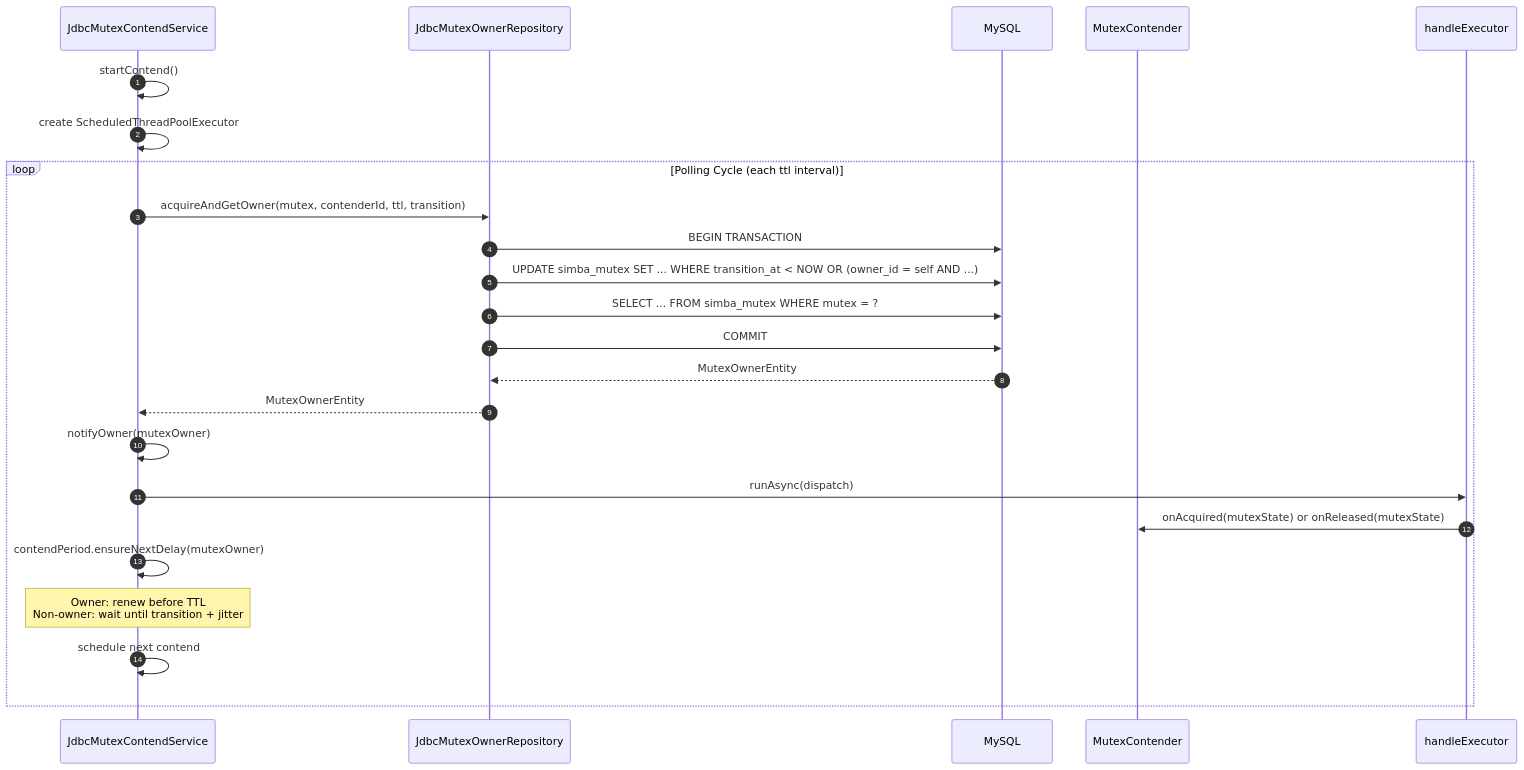
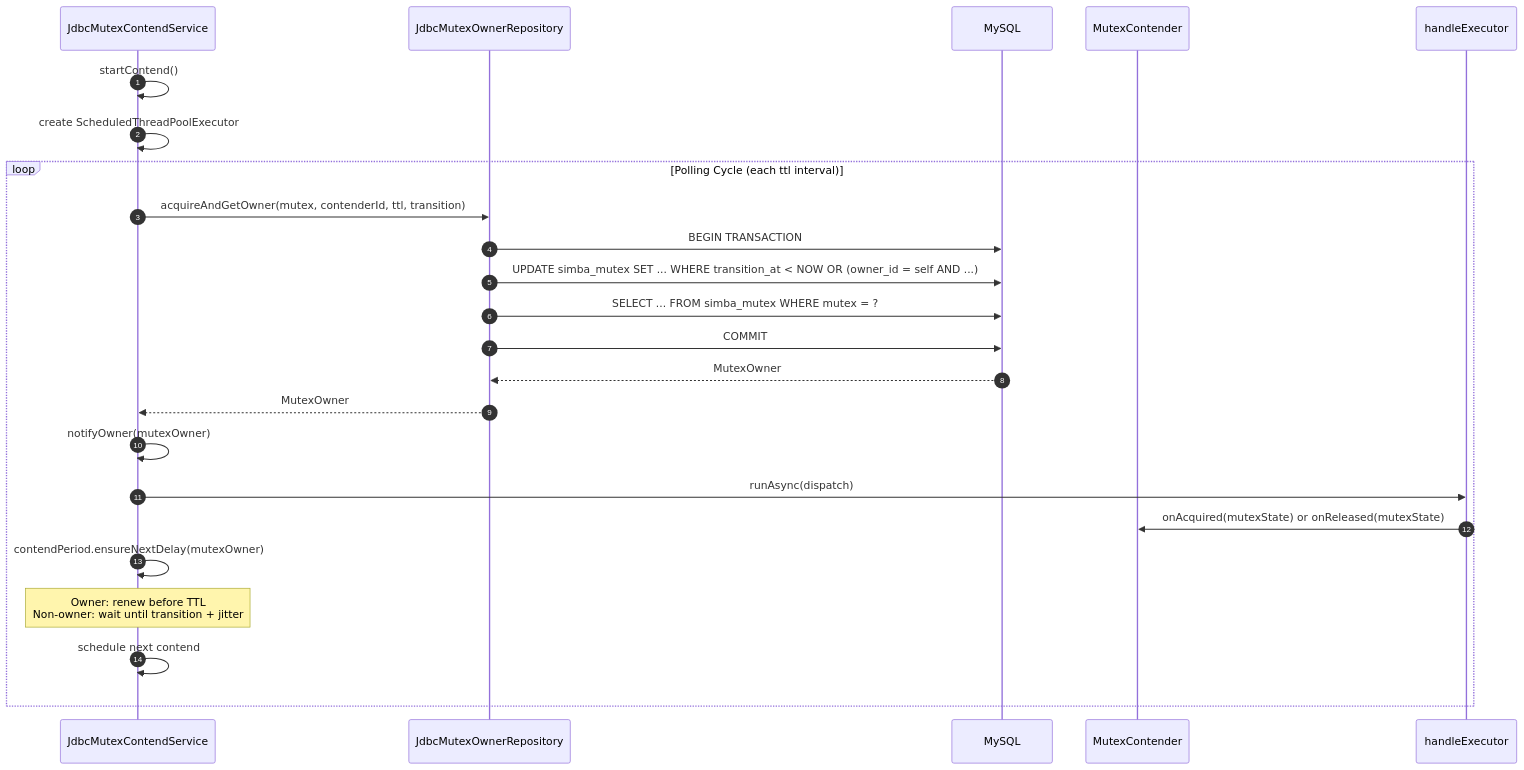
Before and after one commit to Ahoo-Wang/Simba: the second of 2 diagrams in wiki/modules/simba-jdbc.md, drawn with Mermaid. The commit also changed other lines of this file and 29 other files, not shown here.

First line of the commit message:
refactor(core)!: make MutexOwner an immutable value (#557)

````diff
--- a/wiki/modules/simba-jdbc.md
+++ b/wiki/modules/simba-jdbc.md
@@ -180,30 +165,30 @@
 ```mermaid
 sequenceDiagram
 autonumber
     participant Service as JdbcMutexContendService
     participant Repo as JdbcMutexOwnerRepository
     participant DB as MySQL
     participant Contender as MutexContender
     participant Executor as handleExecutor
 
     Service->>Service: startContend()
     Service->>Service: create ScheduledThreadPoolExecutor
 
     loop Polling Cycle (each ttl interval)
         Service->>Repo: acquireAndGetOwner(mutex, contenderId, ttl, transition)
         Repo->>DB: BEGIN TRANSACTION
         Repo->>DB: UPDATE simba_mutex SET ... WHERE transition_at < NOW OR (owner_id = self AND ...)
         Repo->>DB: SELECT ... FROM simba_mutex WHERE mutex = ?
         Repo->>DB: COMMIT
-        DB-->>Repo: MutexOwnerEntity
-        Repo-->>Service: MutexOwnerEntity
+        DB-->>Repo: MutexOwner
+        Repo-->>Service: MutexOwner
 
         Service->>Service: notifyOwner(mutexOwner)
         Service->>Executor: runAsync(dispatch)
         Executor->>Contender: onAcquired(mutexState) or onReleased(mutexState)
 
         Service->>Service: contendPeriod.ensureNextDelay(mutexOwner)
         Note over Service: Owner: renew before TTL<br>Non-owner: wait until transition + jitter
         Service->>Service: schedule next contend
     end
 ```
````
